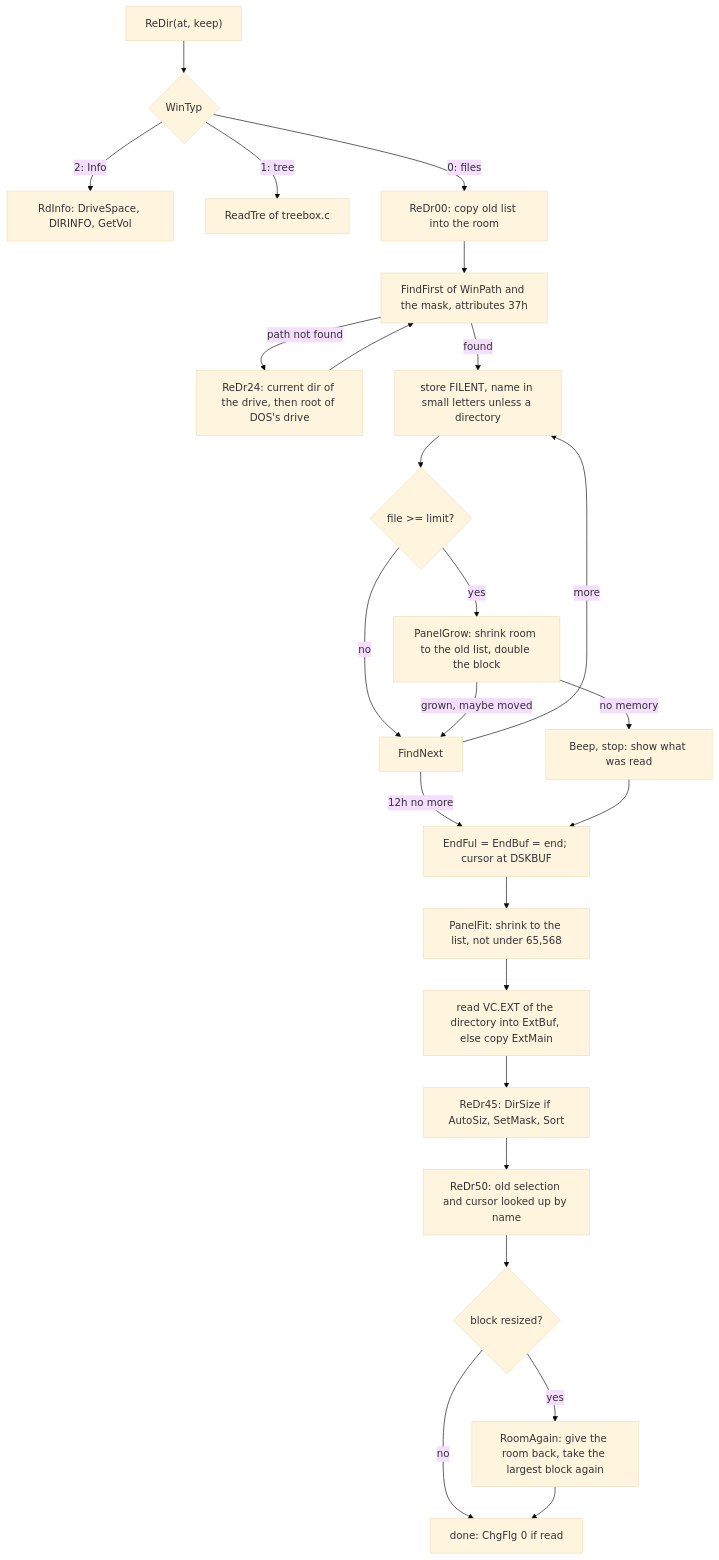
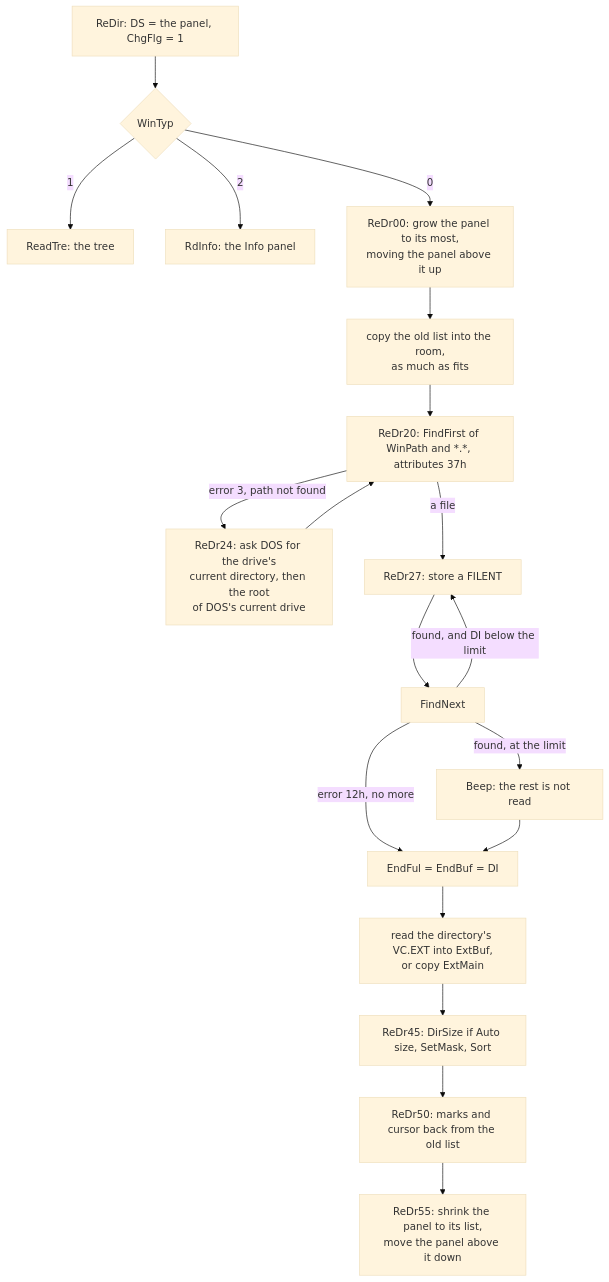
The first of 4 diagrams in docs/design/02-the-features.md (mmotorny/vibe_commander), drawn with Mermaid (base theme) before and after one commit. The commit also changed other lines of this file, not shown here.

````diff
--- a/docs/design/02-the-features.md
+++ b/docs/design/02-the-features.md
@@ -174,27 +167,21 @@
 ```mermaid
 flowchart TD
-    A["ReDir(at, keep)"] --> B{"WinTyp"}
-    B -- "2: Info" --> INFO["RdInfo: DriveSpace, DIRINFO, GetVol"]
-    B -- "1: tree" --> TR["ReadTre of treebox.c"]
-    B -- "0: files" --> C["ReDr00: copy old list into the room"]
-    C --> D["FindFirst of WinPath and the mask, attributes 37h"]
-    D -- "path not found" --> E["ReDr24: current dir of the drive, then root of DOS's drive"]
-    E --> D
-    D -- "found" --> F["store FILENT, name in small letters unless a directory"]
-    F --> G{"file >= limit?"}
-    G -- "no" --> H["FindNext"]
-    G -- "yes" --> I["PanelGrow: shrink room to the old list, double the block"]
-    I -- "no memory" --> J["Beep, stop: show what was read"]
-    I -- "grown, maybe moved" --> H
-    H -- "more" --> F
-    H -- "12h no more" --> K["EndFul = EndBuf = end; cursor at DSKBUF"]
-    J --> K
-    K --> L["PanelFit: shrink to the list, not under 65,568"]
-    L --> M["read VC.EXT of the directory into ExtBuf, else copy ExtMain"]
-    M --> N["ReDr45: DirSize if AutoSiz, SetMask, Sort"]
-    N --> O["ReDr50: old selection and cursor looked up by name"]
-    O --> P{"block resized?"}
-    P -- "yes" --> Q["RoomAgain: give the room back, take the largest block again"]
-    P -- "no" --> R["done: ChgFlg 0 if read"]
-    Q --> R
+    A["ReDir: DS = the panel, ChgFlg = 1"] --> B{"WinTyp"}
+    B -- "1" --> T["ReadTre: the tree"]
+    B -- "2" --> I["RdInfo: the Info panel"]
+    B -- "0" --> C["ReDr00: grow the panel to its most,<br/>moving the panel above it up"]
+    C --> D["copy the old list into the room,<br/>as much as fits"]
+    D --> E["ReDr20: FindFirst of WinPath and *.*, attributes 37h"]
+    E -- "error 3, path not found" --> E2["ReDr24: ask DOS for the drive's<br/>current directory, then the root<br/>of DOS's current drive"]
+    E2 --> E
+    E -- "a file" --> F["ReDr27: store a FILENT"]
+    F --> G["FindNext"]
+    G -- "found, and DI below the limit" --> F
+    G -- "found, at the limit" --> BEEP["Beep: the rest is not read"]
+    G -- "error 12h, no more" --> H["EndFul = EndBuf = DI"]
+    BEEP --> H
+    H --> X["read the directory's VC.EXT into ExtBuf,<br/>or copy ExtMain"]
+    X --> S["ReDr45: DirSize if Auto size, SetMask, Sort"]
+    S --> O["ReDr50: marks and cursor back from the old list"]
+    O --> K["ReDr55: shrink the panel to its list,<br/>move the panel above it down"]
 ```
````
